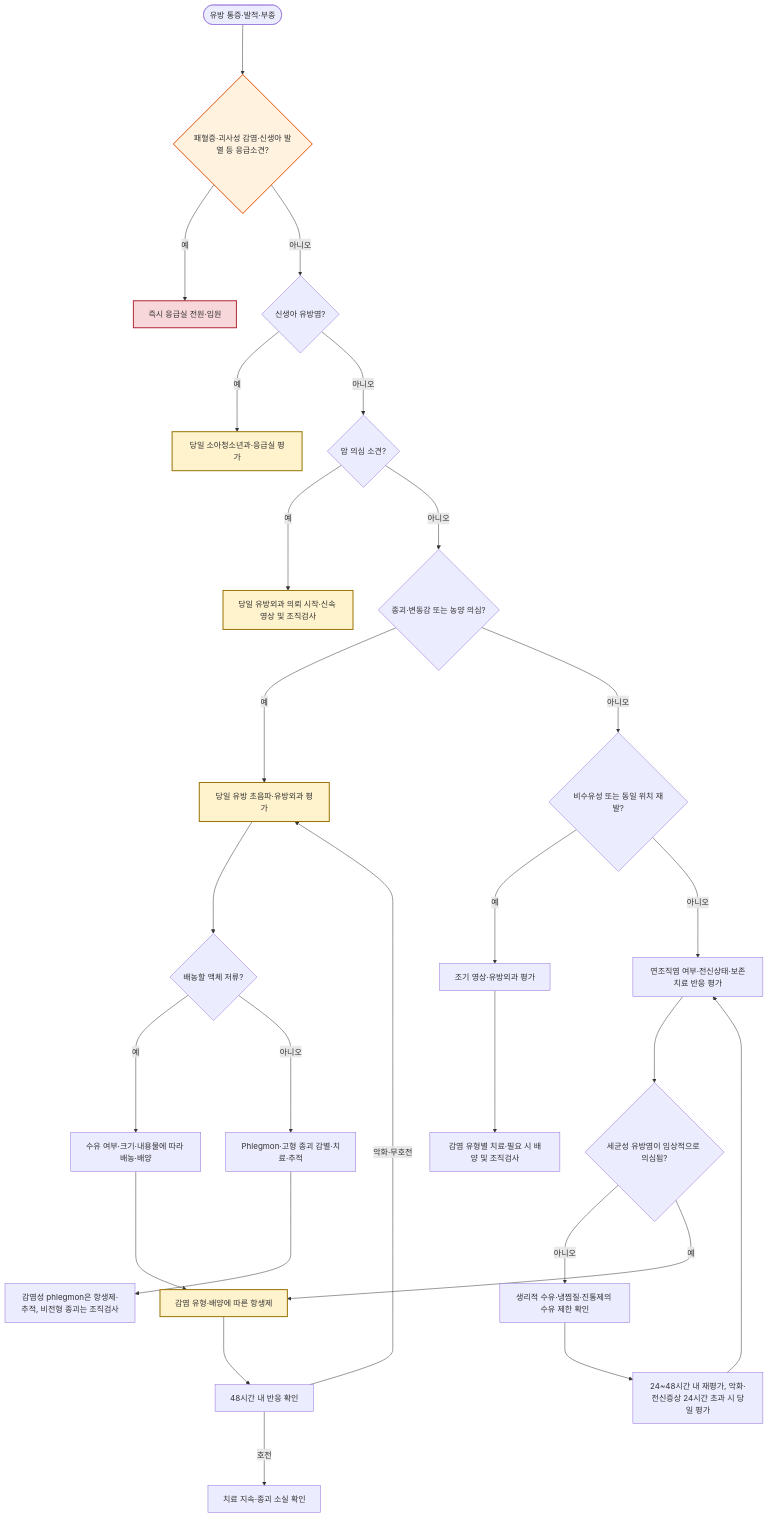
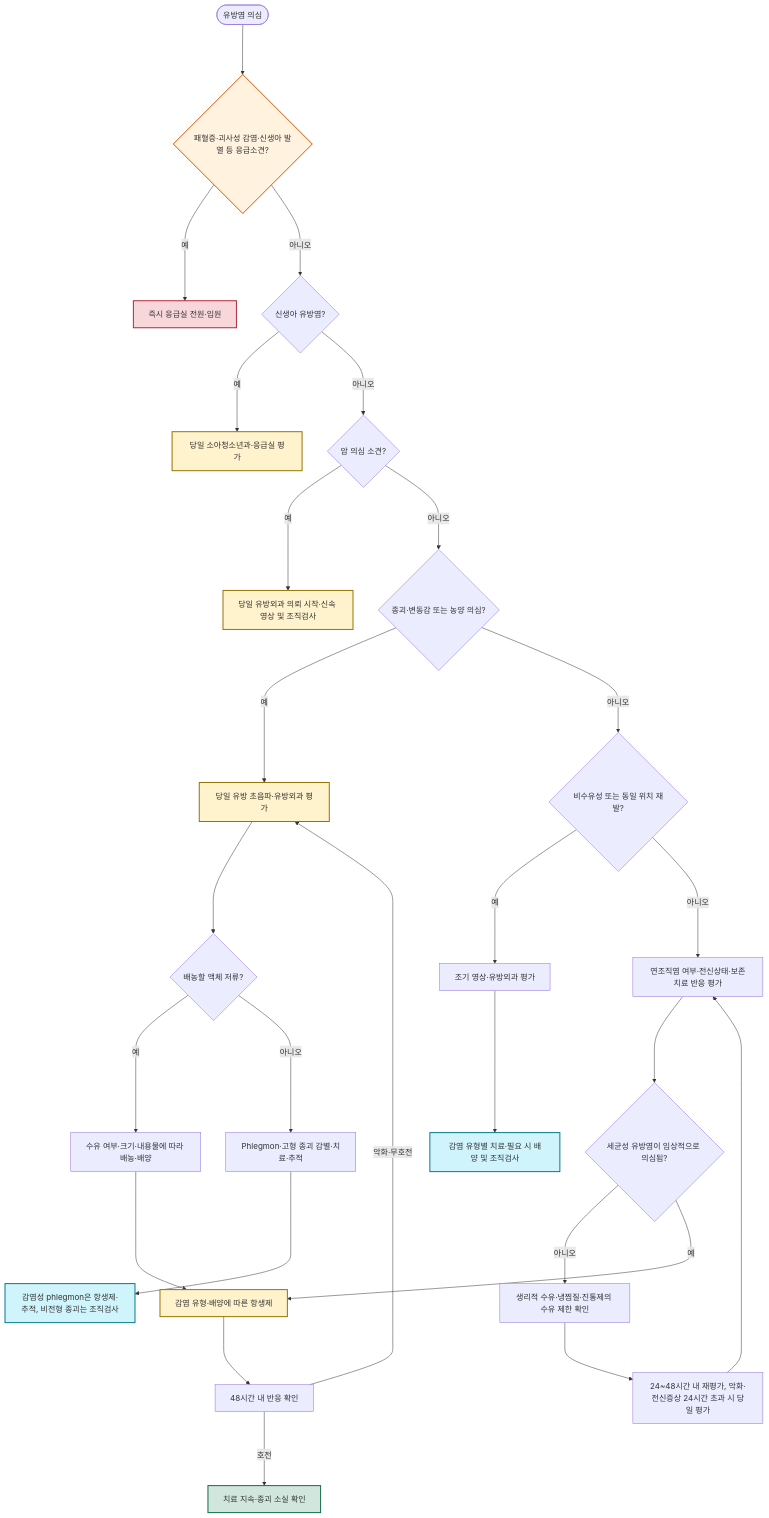
The diagram in 230_/200_-mastitis.md (familyoh77/familyoh77), drawn with Mermaid before and after one commit. The commit also changed other lines of this file and 16 other files, not shown here.

````diff
--- a/230_/200_-mastitis.md
+++ b/230_/200_-mastitis.md
@@ -127,34 +127,37 @@
 ```mermaid
 flowchart TD
-    S(["유방 통증·발적·부종"]) ---> E{"패혈증·괴사성 감염·신생아 발열 등 응급소견?"}
+    S(["유방염 의심"]) ---> E{"패혈증·괴사성 감염·신생아 발열 등 응급소견?"}
     E --->|예| ER["즉시 응급실 전원·입원"]
     E --->|아니오| NB{"신생아 유방염?"}
     NB --->|예| PED["당일 소아청소년과·응급실 평가"]
     NB --->|아니오| CA{"암 의심 소견?"}
     CA --->|예| CAX["당일 유방외과 의뢰 시작·신속 영상 및 조직검사"]
     CA --->|아니오| M{"종괴·변동감 또는 농양 의심?"}
     M --->|예| US["당일 유방 초음파·유방외과 평가"]
     US ---> F{"배농할 액체 저류?"}
     F --->|예| D["수유 여부·크기·내용물에 따라 배농·배양"]
     F --->|아니오| PH["Phlegmon·고형 종괴 감별·치료·추적"]
     D ---> ATB["감염 유형·배양에 따른 항생제"]
     PH ---> FU2["감염성 phlegmon은 항생제·추적, 비전형 종괴는 조직검사"]
     M --->|아니오| X{"비수유성 또는 동일 위치 재발?"}
     X --->|예| IMG["조기 영상·유방외과 평가"]
     IMG ---> BX["감염 유형별 치료·필요 시 배양 및 조직검사"]
     X --->|아니오| Q["연조직염 여부·전신상태·보존치료 반응 평가"]
     Q ---> I{"세균성 유방염이 임상적으로 의심됨?"}
     I --->|아니오| C["생리적 수유·냉찜질·진통제의 수유 제한 확인"]
     C ---> FU["24~48시간 내 재평가, 악화·전신증상 24시간 초과 시 당일 평가"]
     FU ---> Q
     I --->|예| ATB
     ATB ---> R["48시간 내 반응 확인"]
     R --->|악화·무호전| US
     R --->|호전| END["치료 지속·종괴 소실 확인"]
     style E fill:#fff3e0,stroke:#e65100,stroke-width:2px
     style ER fill:#f8d7da,stroke:#b02a37,stroke-width:2px
     style PED fill:#fff3cd,stroke:#997404,stroke-width:2px
     style CAX fill:#fff3cd,stroke:#997404,stroke-width:2px
     style US fill:#fff3cd,stroke:#997404,stroke-width:2px
     style ATB fill:#fff3cd,stroke:#997404,stroke-width:2px
+    style END fill:#d1e7dd,stroke:#146c43,stroke-width:2px
+    style FU2 fill:#cff4fc,stroke:#087990,stroke-width:2px
+    style BX fill:#cff4fc,stroke:#087990,stroke-width:2px
 ```
````
